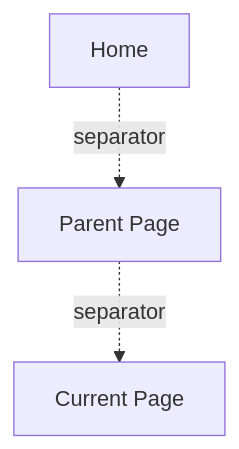
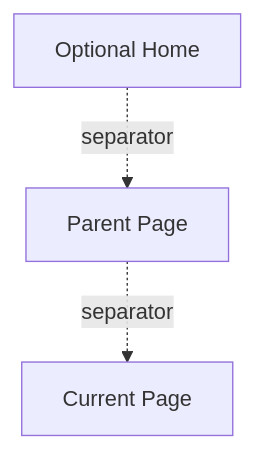
One commit to thedaviddias/ux-patterns-for-developers changed the diagram in apps/web/content/patterns/navigation/breadcrumb.mdx. Above: the diagram before and after it, drawn with Mermaid. The commit also changed other lines of this file, not shown here.

Commit message:
Clarify breadcrumb home and schema guidance

````diff
--- a/apps/web/content/patterns/navigation/breadcrumb.mdx
+++ b/apps/web/content/patterns/navigation/breadcrumb.mdx
@@ -97,5 +97,5 @@
 ```mermaid
 flowchart TB
-A[Home] -.->|separator| B[Parent Page]
+A[Optional Home] -.->|separator| B[Parent Page]
 B -.->|separator| C[Current Page]
 ```
````
